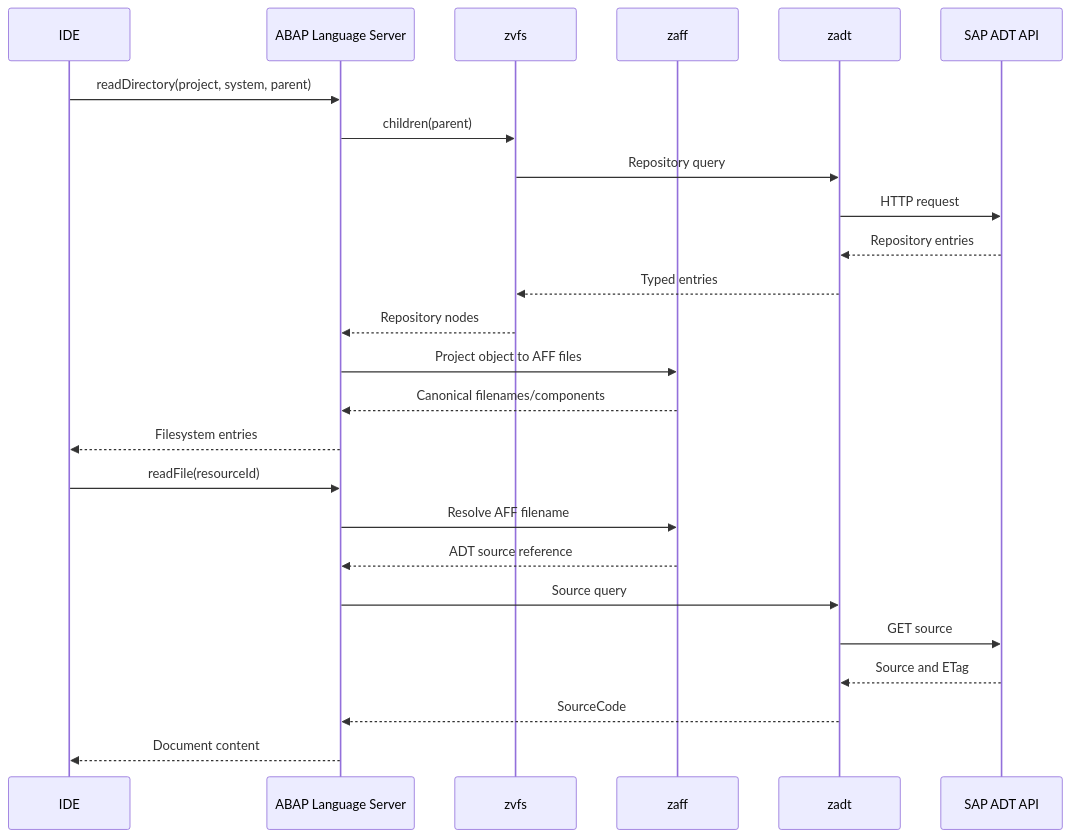
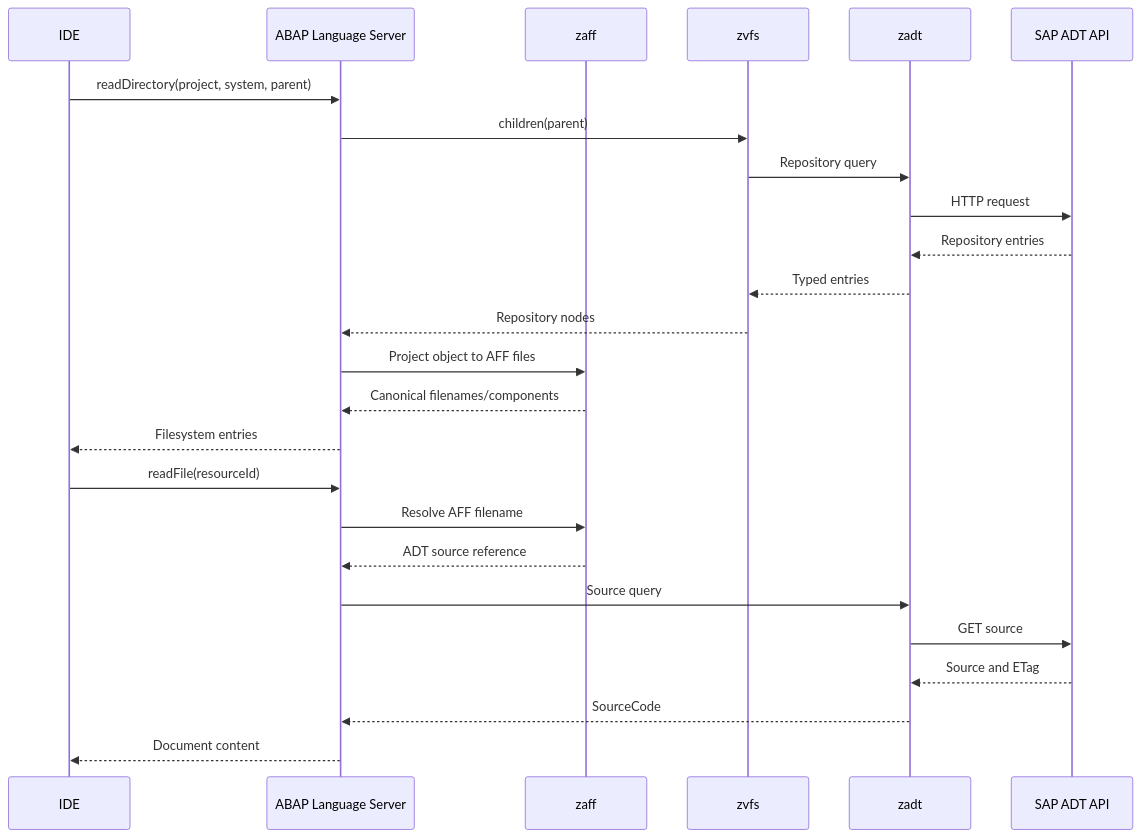
One commit to kennyhml/ziege changed the diagram in crates/zaff/README.md. Above: the diagram before and after it, drawn with Mermaid. The commit also changed other lines of this file and 10 other files, not shown here.

````diff
--- a/crates/zaff/README.md
+++ b/crates/zaff/README.md
@@ -17,30 +17,30 @@
 ```mermaid
 sequenceDiagram
     participant IDE
     participant LSP as ABAP Language Server
+    participant AFF as zaff
     participant VFS as zvfs
-    participant AFF as zaff
     participant ADT as zadt
     participant SAP as SAP ADT API
 
     IDE->>LSP: readDirectory(project, system, parent)
     LSP->>VFS: children(parent)
     VFS->>ADT: Repository query
     ADT->>SAP: HTTP request
     SAP-->>ADT: Repository entries
     ADT-->>VFS: Typed entries
     VFS-->>LSP: Repository nodes
 
     LSP->>AFF: Project object to AFF files
     AFF-->>LSP: Canonical filenames/components
     LSP-->>IDE: Filesystem entries
 
     IDE->>LSP: readFile(resourceId)
     LSP->>AFF: Resolve AFF filename
     AFF-->>LSP: ADT source reference
     LSP->>ADT: Source query
     ADT->>SAP: GET source
     SAP-->>ADT: Source and ETag
     ADT-->>LSP: SourceCode
     LSP-->>IDE: Document content
 ```
````
